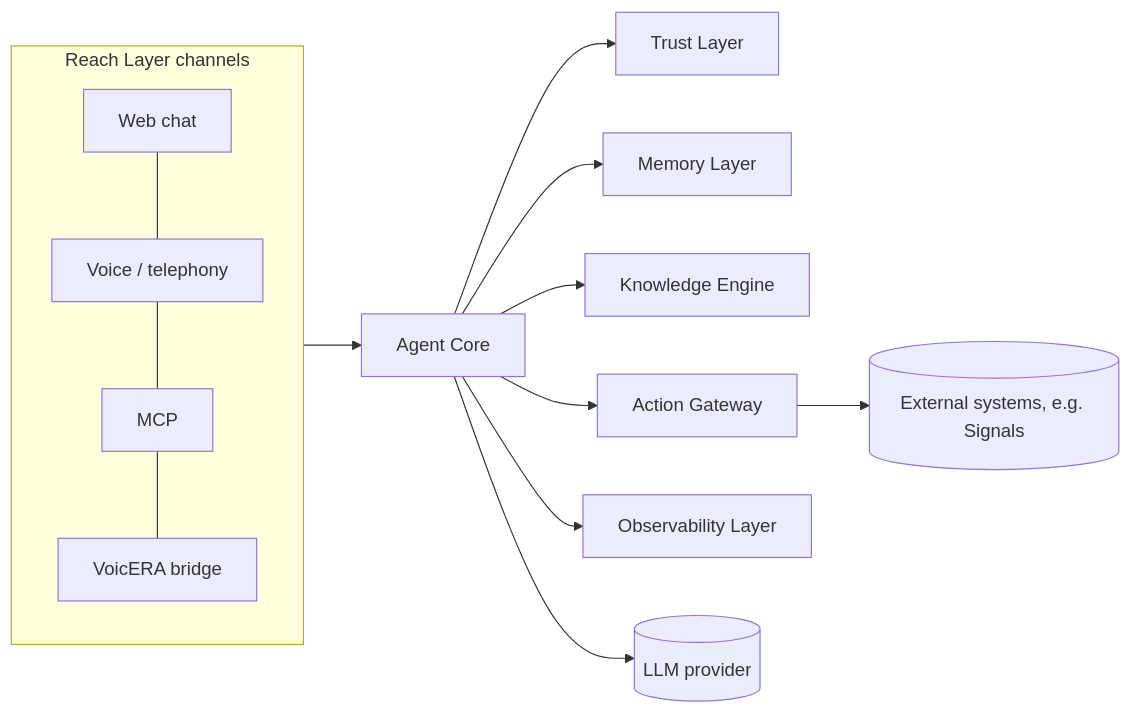
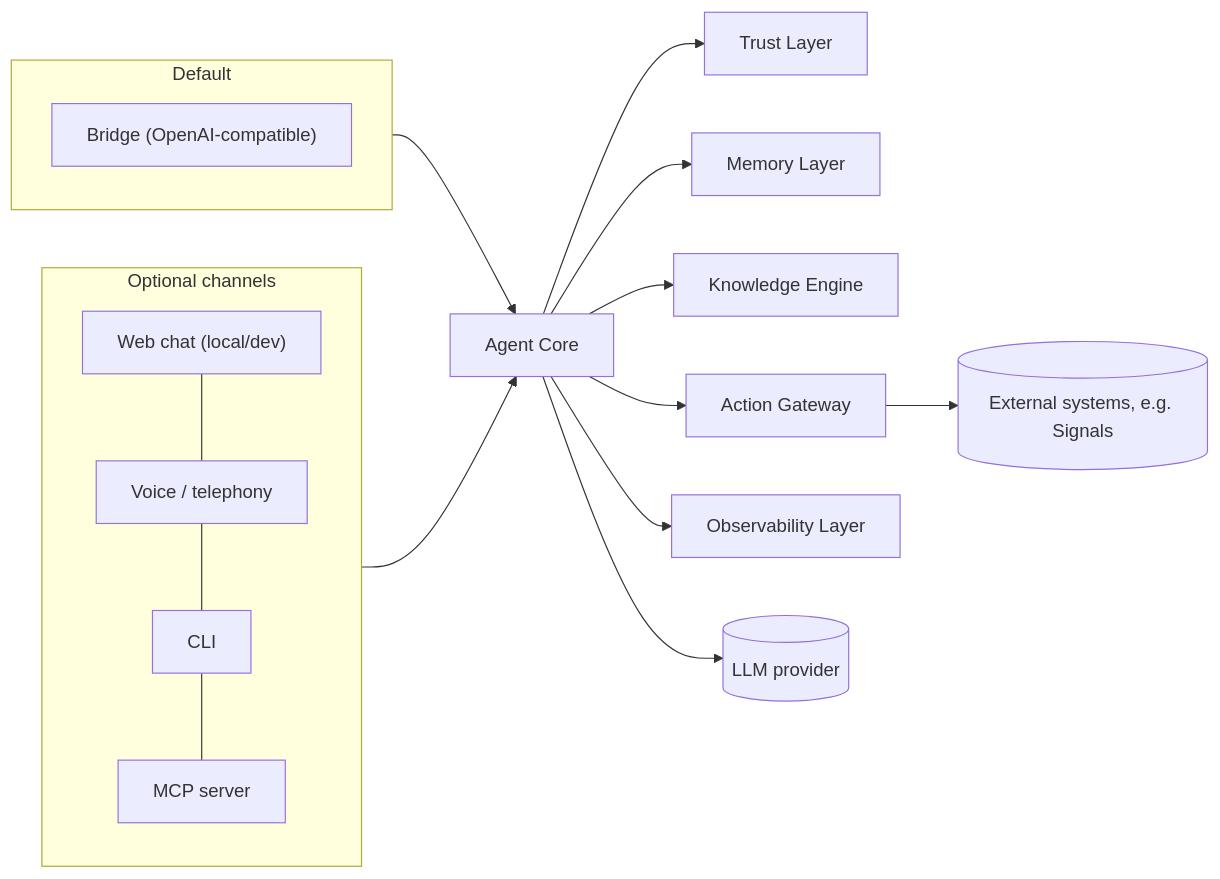
One commit to Blue-Dots-Economy/bluedots-docs changed the first of 2 diagrams in src/content/docs/core-concepts/architecture/ai-diffusion-dpg.md. Above: the diagram before and after it, drawn with Mermaid. The commit also changed other lines of this file and 5 other files, not shown here.

```diff
--- a/src/content/docs/core-concepts/architecture/ai-diffusion-dpg.md
+++ b/src/content/docs/core-concepts/architecture/ai-diffusion-dpg.md
@@ -26,14 +26,18 @@
 <pre class="mermaid">
 flowchart LR
-  subgraph Channels["Reach Layer channels"]
-    W[Web chat] --- V[Voice / telephony] --- M[MCP] --- B[VoicERA bridge]
+  subgraph Default["Default"]
+    B["Bridge (OpenAI-compatible)"]
   end
-  Channels --> AC[Agent Core]
+  subgraph Optional["Optional channels"]
+    W["Web chat (local/dev)"] --- V[Voice / telephony] --- C[CLI] --- M[MCP server]
+  end
+  Default --> AC[Agent Core]
+  Optional --> AC
   AC --> TL[Trust Layer]
   AC --> ML[Memory Layer]
   AC --> KE[Knowledge Engine]
   AC --> AG[Action Gateway]
   AC --> OL[Observability Layer]
   AC --> LLM[(LLM provider)]
   AG --> EXT[(External systems, e.g. Signals)]
 </pre>
```
